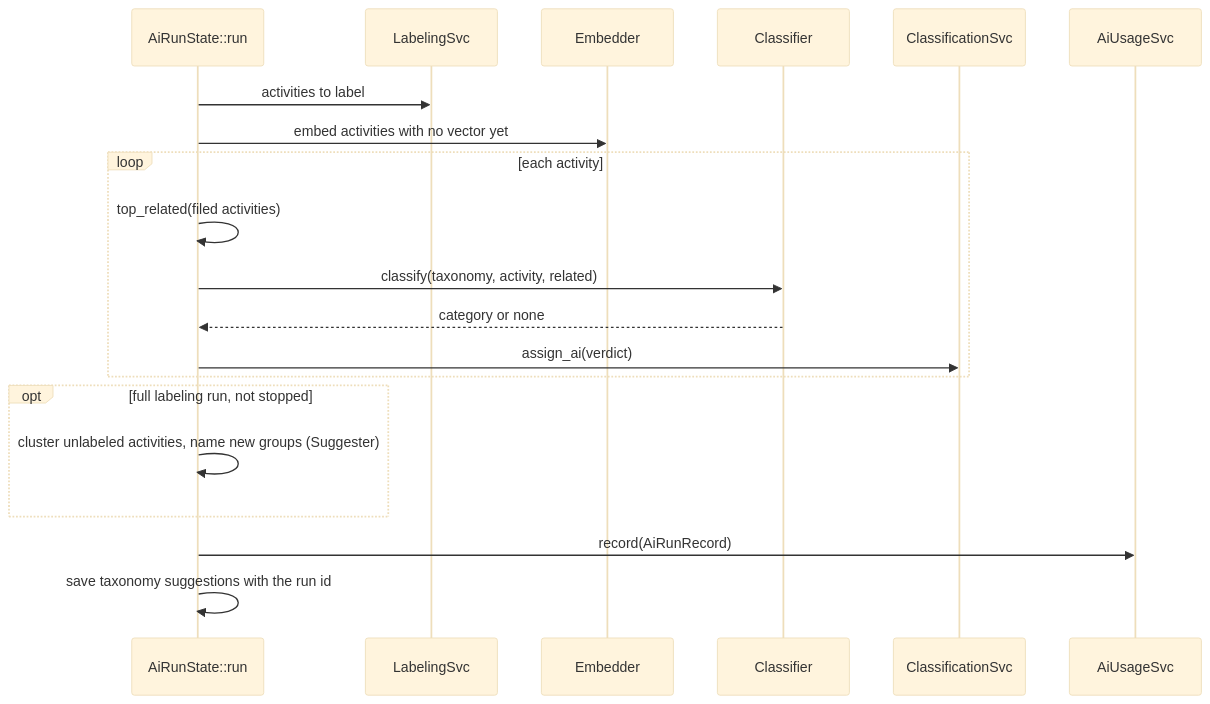
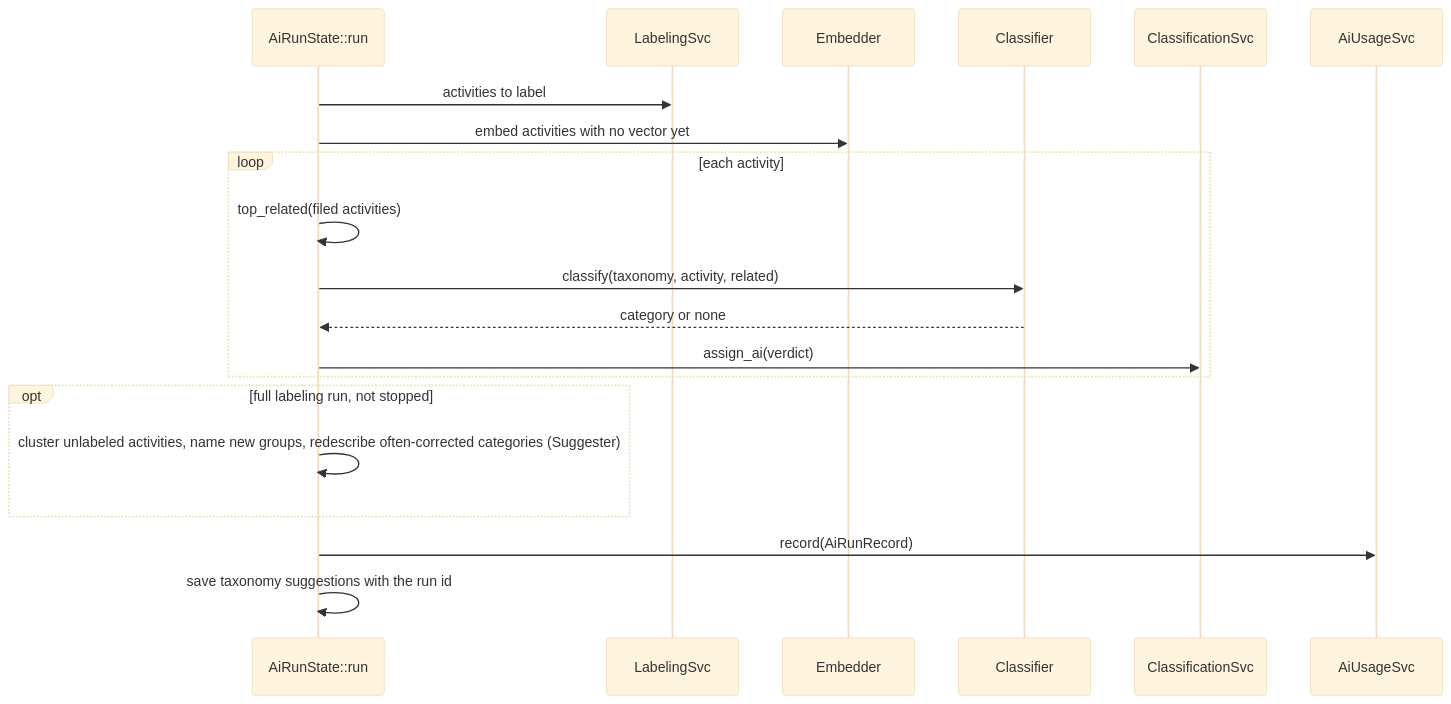
One commit to phucvinh57/makora changed the fifth of 6 diagrams in docs/architecture/categorization.md. Above: the diagram before and after it, drawn with Mermaid (base theme). The commit also changed other lines of this file and 11 other files, not shown here.

````diff
--- a/docs/architecture/categorization.md
+++ b/docs/architecture/categorization.md
@@ -157,22 +158,22 @@
 ```mermaid
 sequenceDiagram
     participant Run as AiRunState::run
     participant Lab as LabelingSvc
     participant Emb as Embedder
     participant Cls as Classifier
     participant Svc as ClassificationSvc
     participant Use as AiUsageSvc
     Run->>Lab: activities to label
     Run->>Emb: embed activities with no vector yet
     loop each activity
         Run->>Run: top_related(filed activities)
         Run->>Cls: classify(taxonomy, activity, related)
         Cls-->>Run: category or none
         Run->>Svc: assign_ai(verdict)
     end
     opt full labeling run, not stopped
-        Run->>Run: cluster unlabeled activities, name new groups (Suggester)
+        Run->>Run: cluster unlabeled activities, name new groups, redescribe often-corrected categories (Suggester)
     end
     Run->>Use: record(AiRunRecord)
     Run->>Run: save taxonomy suggestions with the run id
 ```
````
